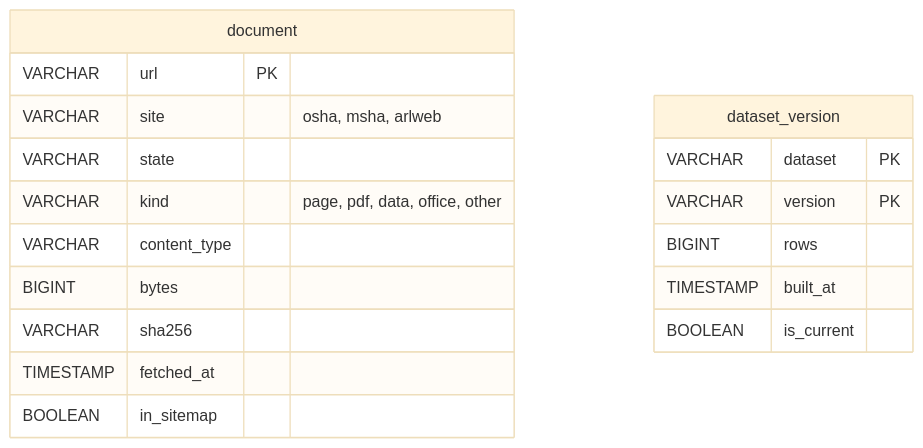
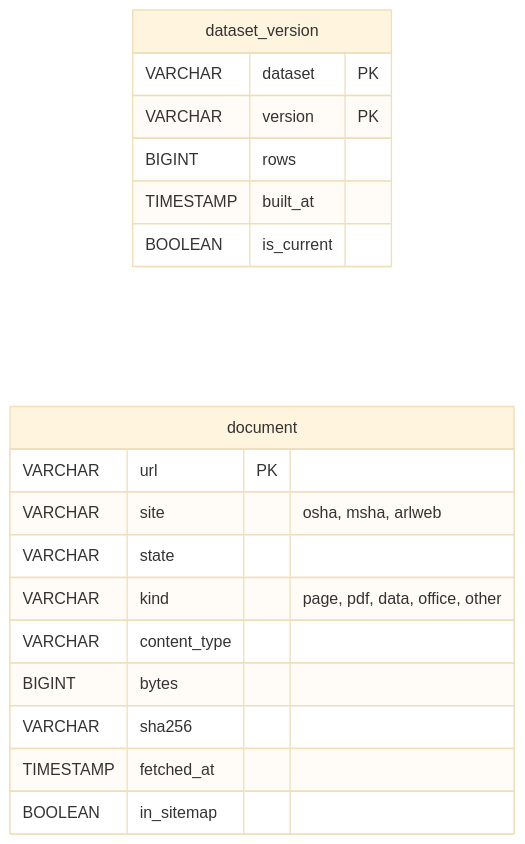
One commit to USERZEROA/safestart-data-pipeline changed the third of 4 diagrams in docs/ERD.md. Above: the diagram before and after it, drawn with Mermaid (base theme). The commit also changed other lines of this file and 2 other files, not shown here.

Commit message:
Keep the ER diagrams clear of GitHub's buttons and turn wide appendix tables into lists

````diff
--- a/docs/ERD.md
+++ b/docs/ERD.md
@@ -128,21 +128,22 @@
 ```mermaid
 erDiagram
+    direction LR
+    dataset_version {
+        VARCHAR dataset PK
+        VARCHAR version PK
+        BIGINT rows
+        TIMESTAMP built_at
+        BOOLEAN is_current
+    }
     document {
         VARCHAR url PK
         VARCHAR site "osha, msha, arlweb"
         VARCHAR state
         VARCHAR kind "page, pdf, data, office, other"
         VARCHAR content_type
         BIGINT bytes
         VARCHAR sha256
         TIMESTAMP fetched_at
         BOOLEAN in_sitemap
     }
-    dataset_version {
-        VARCHAR dataset PK
-        VARCHAR version PK
-        BIGINT rows
-        TIMESTAMP built_at
-        BOOLEAN is_current
-    }
 ```
````
